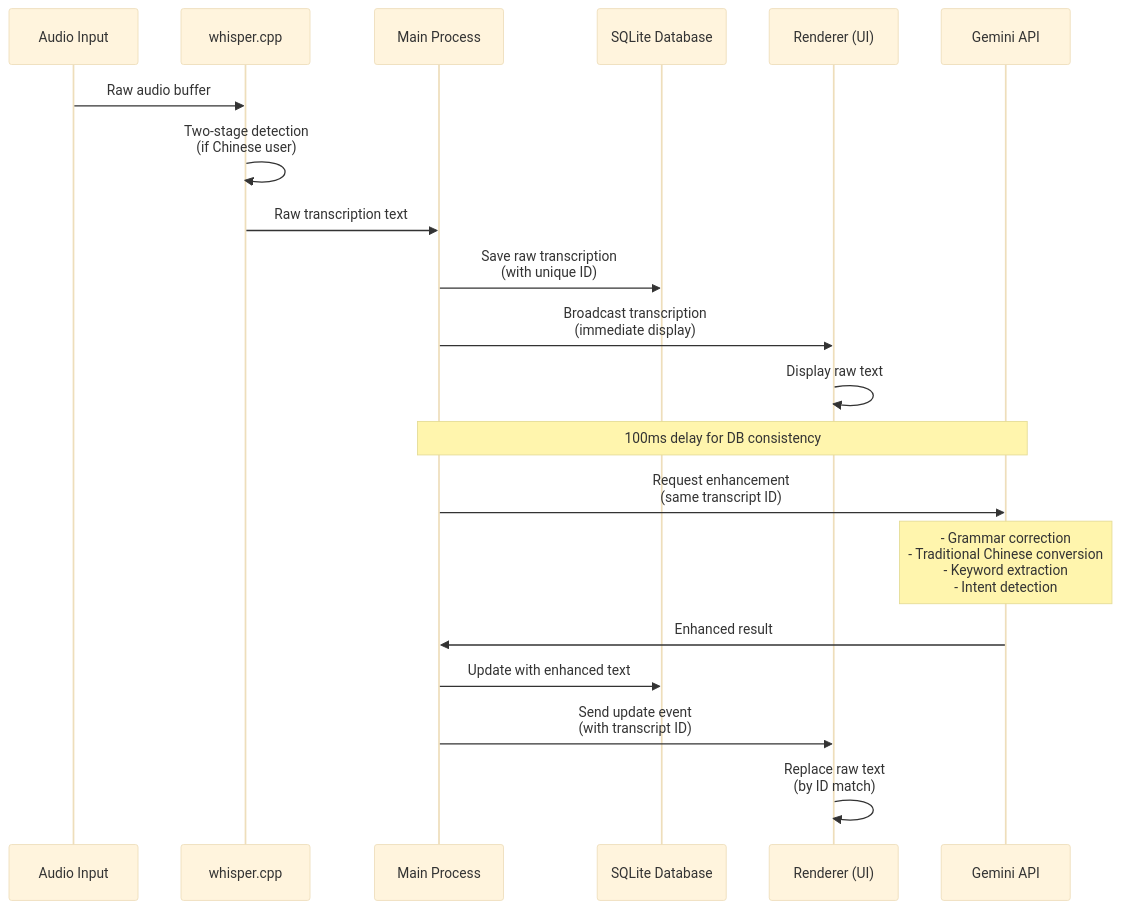
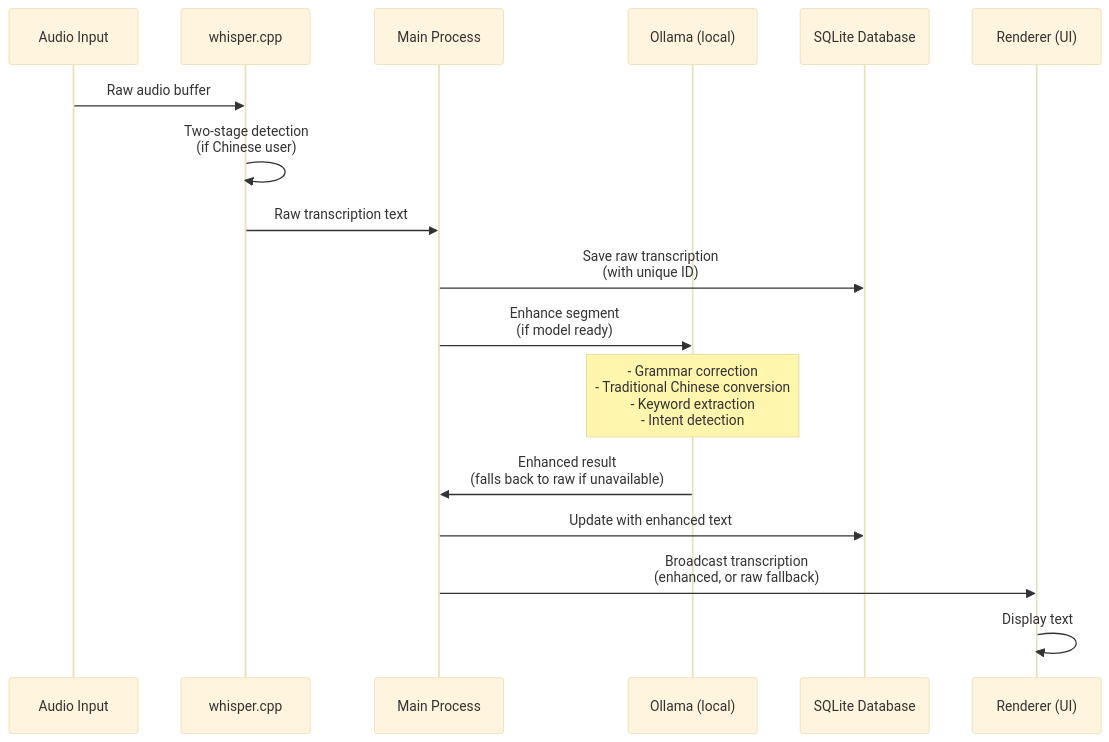
Before and after one commit to Intevia-AI/Knovy: the second of 2 diagrams in docs/architecture/overview.md, drawn with Mermaid (base theme). The commit also changed other lines of this file and 5 other files, not shown here.

First line of the commit message:
Refactor: Remove legacy transcription-enhance edge function and update docs to local Ollama

````diff
--- a/docs/architecture/overview.md
+++ b/docs/architecture/overview.md
@@ -125,25 +125,21 @@
 ```mermaid
 sequenceDiagram
     participant Audio as Audio Input
     participant Whisper as whisper.cpp
     participant Main as Main Process
+    participant Ollama as Ollama (local)
     participant DB as SQLite Database
     participant UI as Renderer (UI)
-    participant Gemini as Gemini API
 
     Audio->>Whisper: Raw audio buffer
     Whisper->>Whisper: Two-stage detection<br/>(if Chinese user)
     Whisper->>Main: Raw transcription text
     Main->>DB: Save raw transcription<br/>(with unique ID)
-    Main->>UI: Broadcast transcription<br/>(immediate display)
-    UI->>UI: Display raw text
 
-    Note over Main,Gemini: 100ms delay for DB consistency
-
-    Main->>Gemini: Request enhancement<br/>(same transcript ID)
-    Note over Gemini: - Grammar correction<br/>- Traditional Chinese conversion<br/>- Keyword extraction<br/>- Intent detection
-    Gemini->>Main: Enhanced result
+    Main->>Ollama: Enhance segment<br/>(if model ready)
+    Note over Ollama: - Grammar correction<br/>- Traditional Chinese conversion<br/>- Keyword extraction<br/>- Intent detection
+    Ollama->>Main: Enhanced result<br/>(falls back to raw if unavailable)
     Main->>DB: Update with enhanced text
-    Main->>UI: Send update event<br/>(with transcript ID)
-    UI->>UI: Replace raw text<br/>(by ID match)
+    Main->>UI: Broadcast transcription<br/>(enhanced, or raw fallback)
+    UI->>UI: Display text
 ```
````
